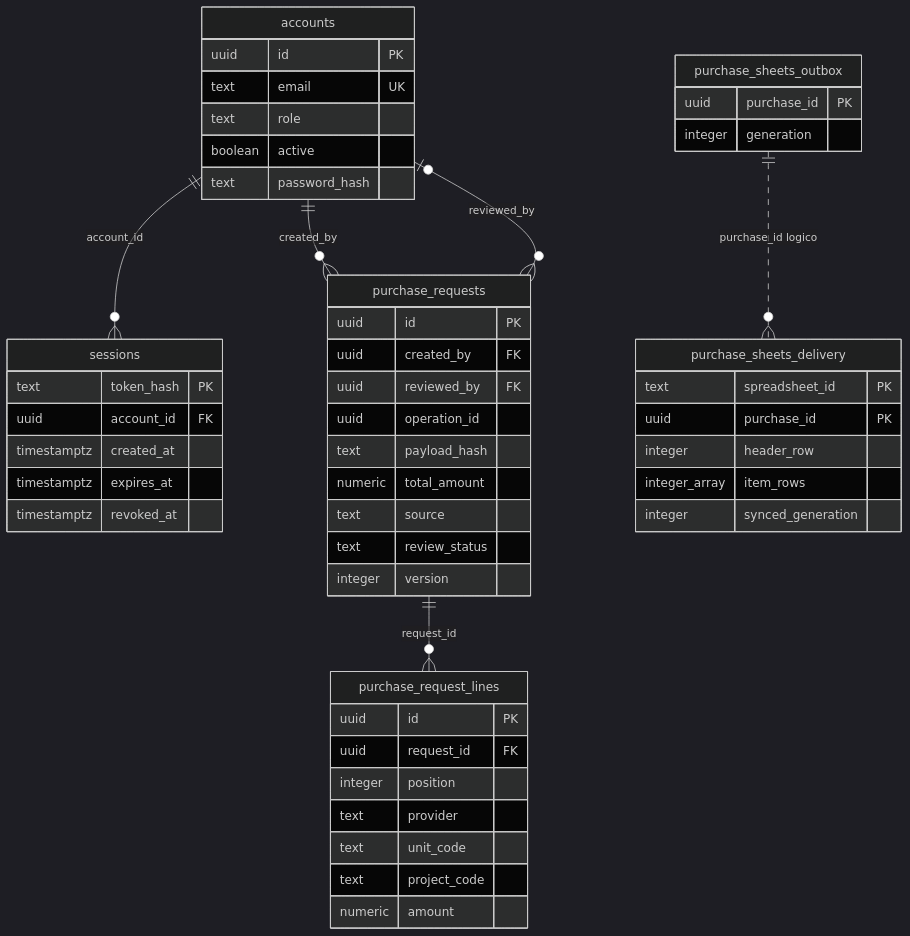
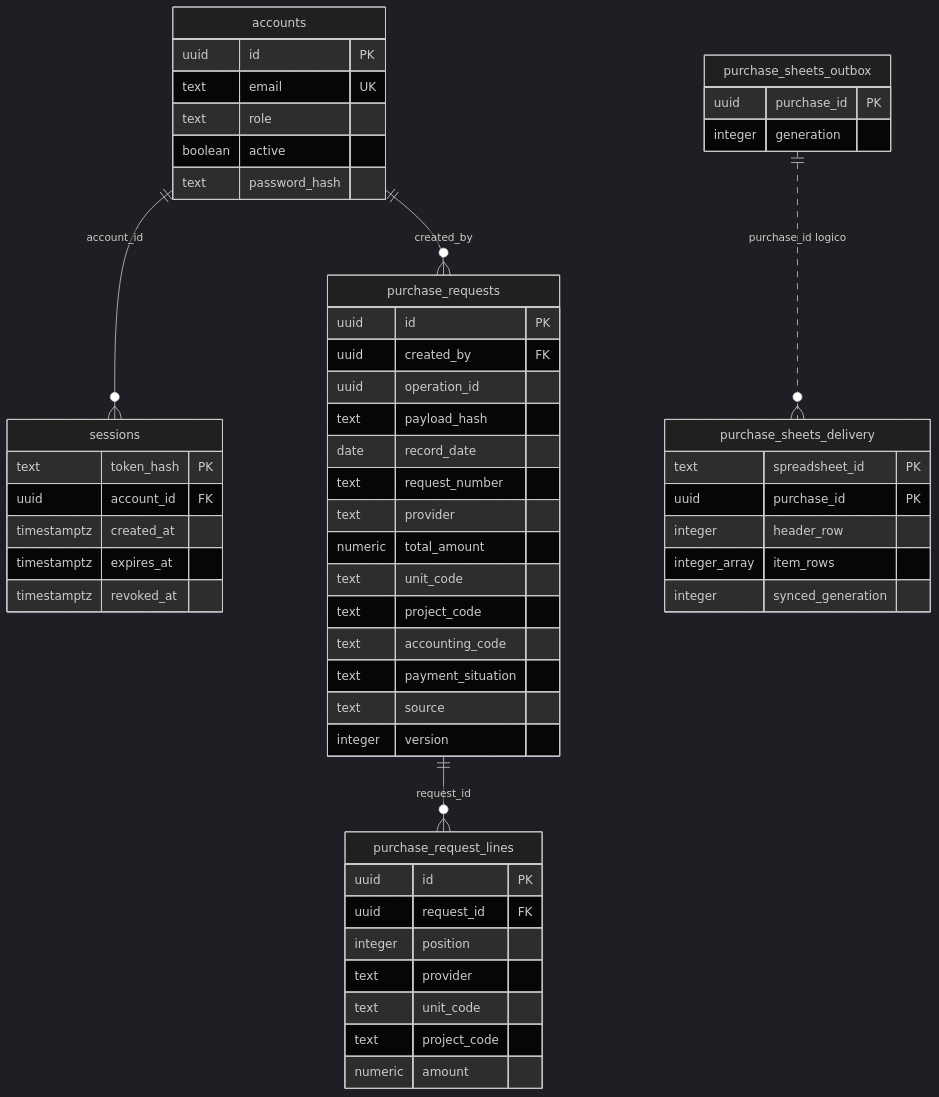
The second of 2 diagrams in Docs/ARQUITECTURA.md (Menderin/Cenit), drawn with Mermaid (dark theme) before and after one commit. The commit also changed other lines of this file and 90 other files, not shown here.

````diff
--- a/Docs/ARQUITECTURA.md
+++ b/Docs/ARQUITECTURA.md
@@ -356,53 +380,57 @@
 ```mermaid
 erDiagram
     accounts ||--o{ sessions : "account_id"
     accounts ||--o{ purchase_requests : "created_by"
-    accounts o|--o{ purchase_requests : "reviewed_by"
     purchase_requests ||--o{ purchase_request_lines : "request_id"
     purchase_sheets_outbox ||..o{ purchase_sheets_delivery : "purchase_id logico"
     accounts {
         uuid id PK
         text email UK
         text role
         boolean active
         text password_hash
     }
     sessions {
         text token_hash PK
         uuid account_id FK
         timestamptz created_at
         timestamptz expires_at
         timestamptz revoked_at
     }
     purchase_requests {
         uuid id PK
         uuid created_by FK
-        uuid reviewed_by FK
         uuid operation_id
         text payload_hash
+        date record_date
+        text request_number
+        text provider
         numeric total_amount
+        text unit_code
+        text project_code
+        text accounting_code
+        text payment_situation
         text source
-        text review_status
         integer version
     }
     purchase_request_lines {
         uuid id PK
         uuid request_id FK
         integer position
         text provider
         text unit_code
         text project_code
         numeric amount
     }
     purchase_sheets_outbox {
         uuid purchase_id PK
         integer generation
     }
     purchase_sheets_delivery {
         text spreadsheet_id PK
         uuid purchase_id PK
         integer header_row
         integer_array item_rows
         integer synced_generation
     }
 ```
````
